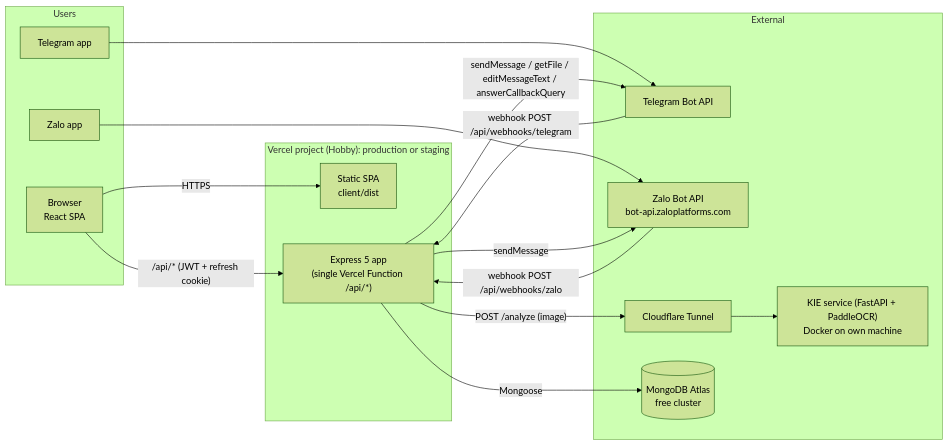
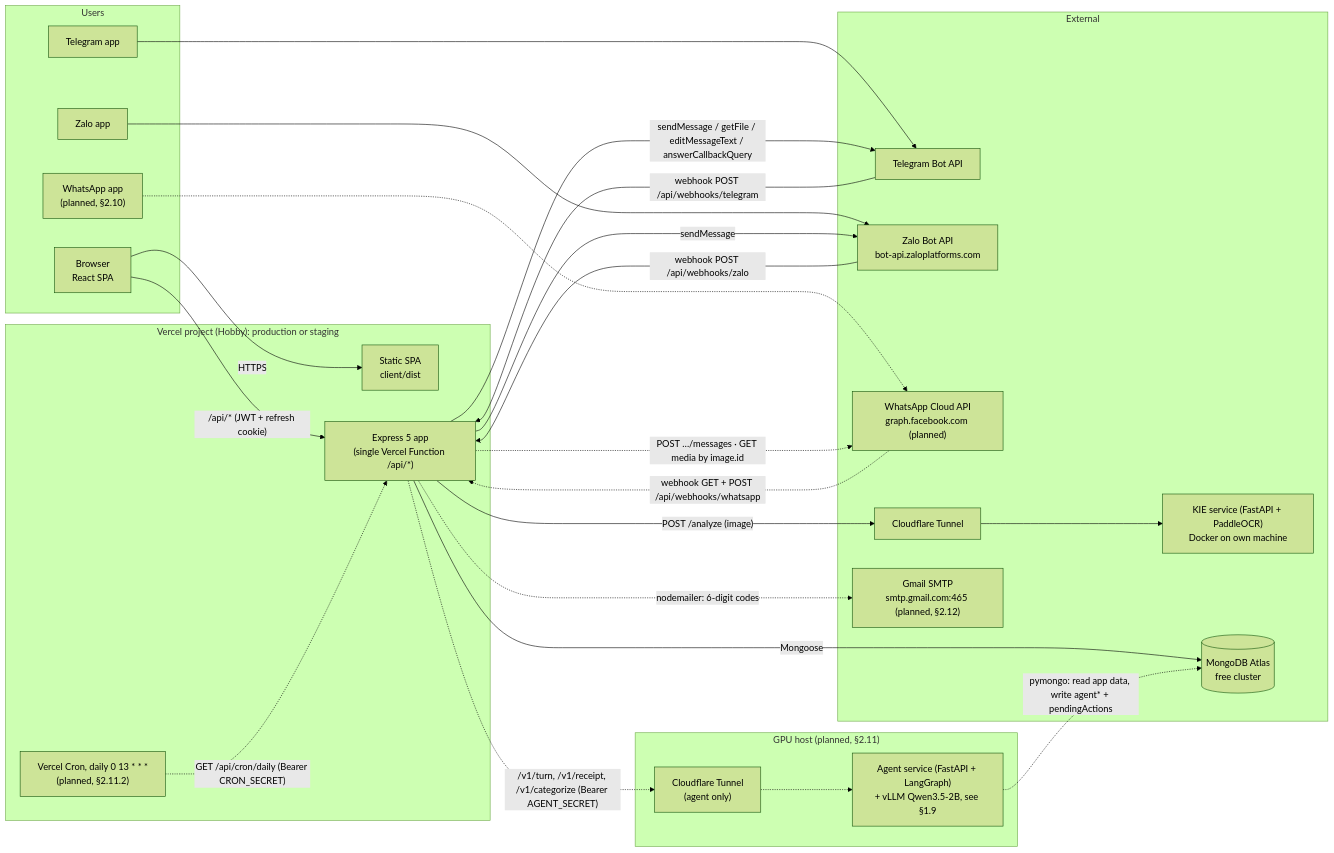
Before and after one commit to dangnguyenducanh/Zalo-Tele-intergrated-financial-apps: the first of 14 diagrams in docs/01-architecture.md, drawn with Mermaid (forest theme). The commit also changed other lines of this file and 8 other files, not shown here.

First line of the commit message:
docs: all docs from 2026-11-25 — one-tap linking + WhatsApp (01, 03–07), agent features design (09), PiggyBank comparison (#76)

````diff
--- a/docs/01-architecture.md
+++ b/docs/01-architecture.md
@@ -13,30 +19,45 @@
 ```mermaid
 flowchart LR
     subgraph Users
         B[Browser<br/>React SPA]
         TG[Telegram app]
         ZL[Zalo app]
+        WA["WhatsApp app<br/>(planned, §2.10)"]
     end
 
     subgraph Vercel["Vercel project (Hobby): production or staging"]
         CDN[Static SPA<br/>client/dist]
         API["Express 5 app<br/>(single Vercel Function /api/*)"]
+        CRON["Vercel Cron, daily 0 13 * * *<br/>(planned, §2.11.2)"]
     end
 
     subgraph External
         TGAPI[Telegram Bot API]
         ZAPI[Zalo Bot API<br/>bot-api.zaloplatforms.com]
+        WAAPI["WhatsApp Cloud API<br/>graph.facebook.com (planned)"]
         KIE["KIE service (FastAPI + PaddleOCR)<br/>Docker on own machine"]
         CF[Cloudflare Tunnel]
         DB[(MongoDB Atlas<br/>free cluster)]
+        GM["Gmail SMTP<br/>smtp.gmail.com:465 (planned, §2.12)"]
+    end
+
+    subgraph GPU["GPU host (planned, §2.11)"]
+        CF2["Cloudflare Tunnel<br/>(agent only)"]
+        AGT["Agent service (FastAPI + LangGraph)<br/>+ vLLM Qwen3.5-2B, see §1.9"]
     end
 
     B -- HTTPS --> CDN
     B -- "/api/* (JWT + refresh cookie)" --> API
     TG --> TGAPI -- "webhook POST /api/webhooks/telegram" --> API
     ZL --> ZAPI -- "webhook POST /api/webhooks/zalo" --> API
     API -- "sendMessage / getFile / editMessageText / answerCallbackQuery" --> TGAPI
     API -- "sendMessage" --> ZAPI
+    WA -.-> WAAPI -.->|"webhook GET + POST /api/webhooks/whatsapp"| API
+    API -.->|"POST …/messages · GET media by image.id"| WAAPI
     API -- "POST /analyze (image)" --> CF --> KIE
     API -- Mongoose --> DB
+    CRON -.->|"GET /api/cron/daily (Bearer CRON_SECRET)"| API
+    API -.->|"/v1/turn, /v1/receipt, /v1/categorize (Bearer AGENT_SECRET)"| CF2 -.-> AGT
+    AGT -.->|"pymongo: read app data, write agent* + pendingActions"| DB
+    API -.->|"nodemailer: 6-digit codes"| GM
 ```
````
